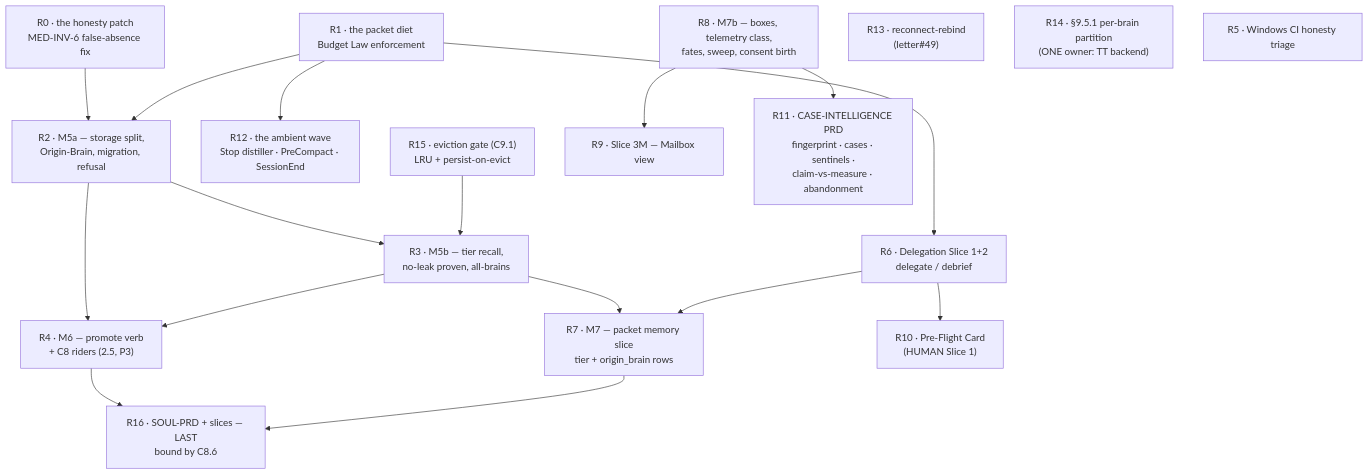
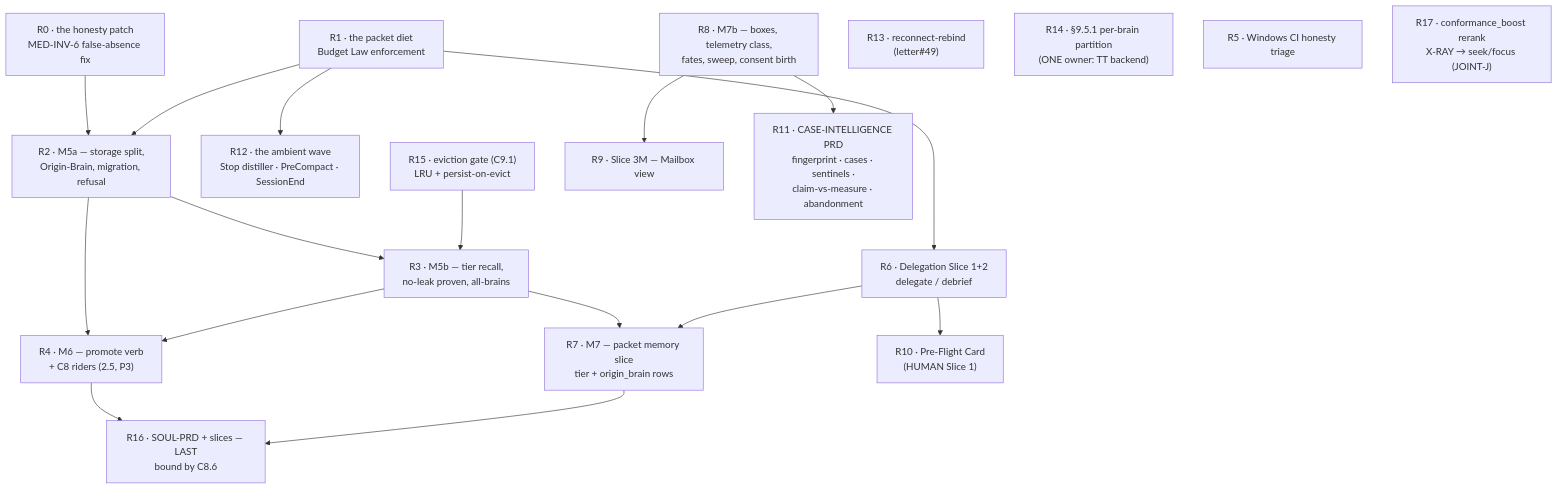
One commit to maxkle1nz/m1nd changed the third of 3 diagrams in docs/ORGANISM-PRD.md. Above: the diagram before and after it, drawn with Mermaid. The commit also changed other lines of this file, not shown here.

````diff
--- a/docs/ORGANISM-PRD.md
+++ b/docs/ORGANISM-PRD.md
@@ -597,25 +623,26 @@
 ```mermaid
 graph TD
     R0["R0 · the honesty patch<br/>MED-INV-6 false-absence fix"] --> R2
     R1["R1 · the packet diet<br/>Budget Law enforcement"] --> R2
     R1 --> R12
     R2["R2 · M5a — storage split,<br/>Origin-Brain, migration, refusal"] --> R3
     R15["R15 · eviction gate (C9.1)<br/>LRU + persist-on-evict"] --> R3
     R2 --> R4
     R3["R3 · M5b — tier recall,<br/>no-leak proven, all-brains"] --> R4
     R3 --> R7
     R4["R4 · M6 — promote verb<br/>+ C8 riders (2.5, P3)"] --> R16
     R6["R6 · Delegation Slice 1+2<br/>delegate / debrief"] --> R7
     R1 --> R6
     R7["R7 · M7 — packet memory slice<br/>tier + origin_brain rows"] --> R16
     R8["R8 · M7b — boxes, telemetry class,<br/>fates, sweep, consent birth"] --> R9
     R8 --> R11
     R9["R9 · Slice 3M — Mailbox view"]
     R6 --> R10["R10 · Pre-Flight Card<br/>(HUMAN Slice 1)"]
     R11["R11 · CASE-INTELLIGENCE PRD<br/>fingerprint · cases · sentinels ·<br/>claim-vs-measure · abandonment"]
     R12["R12 · the ambient wave<br/>Stop distiller · PreCompact · SessionEnd"]
     R13["R13 · reconnect-rebind<br/>(letter#49)"]
     R14["R14 · §9.5.1 per-brain partition<br/>(ONE owner: TT backend)"]
     R5["R5 · Windows CI honesty triage"]
+    R17["R17 · conformance_boost rerank<br/>X-RAY → seek/focus (JOINT-J)"]
     R16["R16 · SOUL-PRD + slices — LAST<br/>bound by C8.6"]
 ```
````
